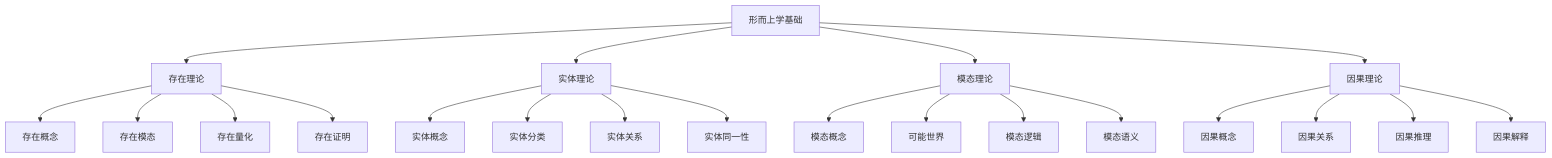
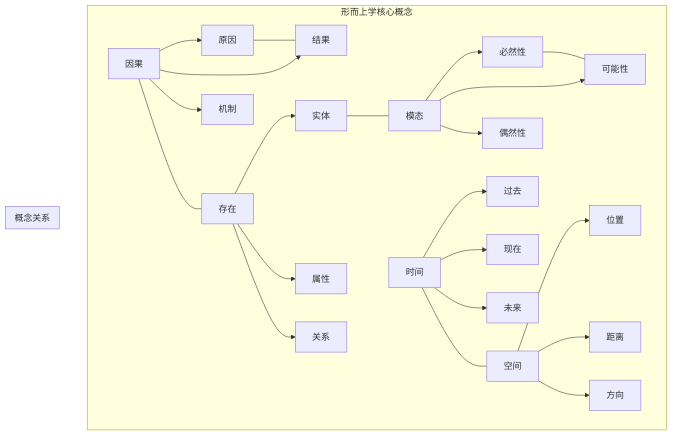
Before and after one commit to AdaMartin18010/FormalScience: the second of 3 diagrams in docs/Refactor/01_Philosophical_Foundation/01_Metaphysics/README.md, drawn with Mermaid. The commit also changed other lines of this file and 16 other files, not shown here.

````diff
--- a/docs/Refactor/01_Philosophical_Foundation/01_Metaphysics/README.md
+++ b/docs/Refactor/01_Philosophical_Foundation/01_Metaphysics/README.md
@@ -61,27 +69,32 @@
 ```mermaid
-graph TD
-    A[形而上学基础] --> B[存在理论]
-    A --> C[实体理论]
-    A --> D[模态理论]
-    A --> E[因果理论]
+graph TB
+    subgraph "形而上学核心概念"
+        A[存在] --> B[实体]
+        A --> C[属性]
+        A --> D[关系]
+        
+        E[模态] --> F[必然性]
+        E --> G[可能性]
+        E --> H[偶然性]
+        
+        I[时间] --> J[过去]
+        I --> K[现在]
+        I --> L[未来]
+        
+        M[空间] --> N[位置]
+        M --> O[距离]
+        M --> P[方向]
+        
+        Q[因果] --> R[原因]
+        Q --> S[结果]
+        Q --> T[机制]
+    end
     
-    B --> B1[存在概念]
-    B --> B2[存在模态]
-    B --> B3[存在量化]
-    B --> B4[存在证明]
-    
-    C --> C1[实体概念]
-    C --> C2[实体分类]
-    C --> C3[实体关系]
-    C --> C4[实体同一性]
-    
-    D --> D1[模态概念]
-    D --> D2[可能世界]
-    D --> D3[模态逻辑]
-    D --> D4[模态语义]
-    
-    E --> E1[因果概念]
-    E --> E2[因果关系]
-    E --> E3[因果推理]
-    E --> E4[因果解释]
+    subgraph "概念关系"
+        B --- E
+        I --- M
+        Q --- A
+        F --- G
+        R --- S
+    end
 ```
````
